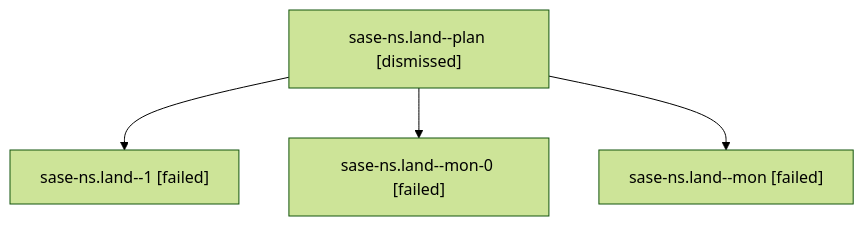
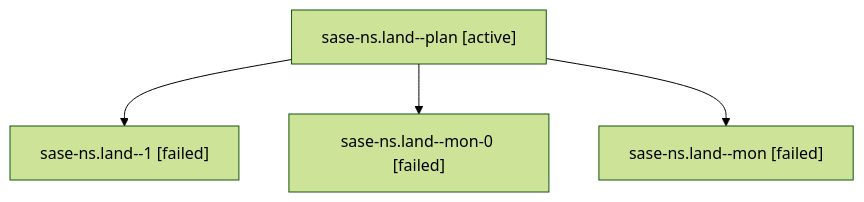
The diagram in families/bbugyi200.athena.sase-ns.land.md (sase-org/sase--agents), drawn with Mermaid (forest theme) before and after one commit. The commit also changed other lines of this file and 35830 other files, not shown here.

````diff
--- a/families/bbugyi200.athena.sase-ns.land.md
+++ b/families/bbugyi200.athena.sase-ns.land.md
@@ -9,10 +9,10 @@
 ```mermaid
 flowchart TD
-  n0["sase-ns.land--plan [dismissed]"]
+  n0["sase-ns.land--plan [active]"]
   n1["sase-ns.land--1 [failed]"]
   n0 --> n1
   n2["sase-ns.land--mon-0 [failed]"]
   n0 --> n2
   n3["sase-ns.land--mon [failed]"]
   n0 --> n3
 ```
````
